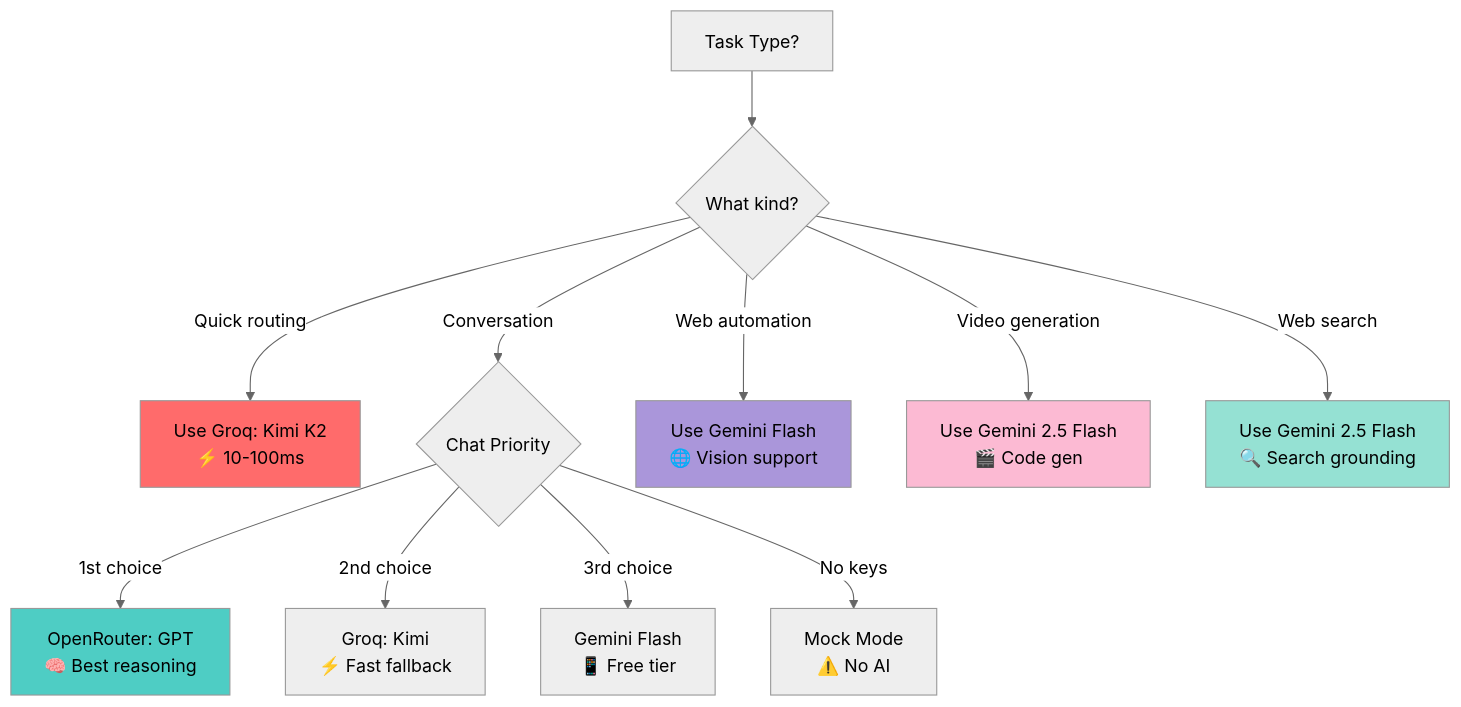
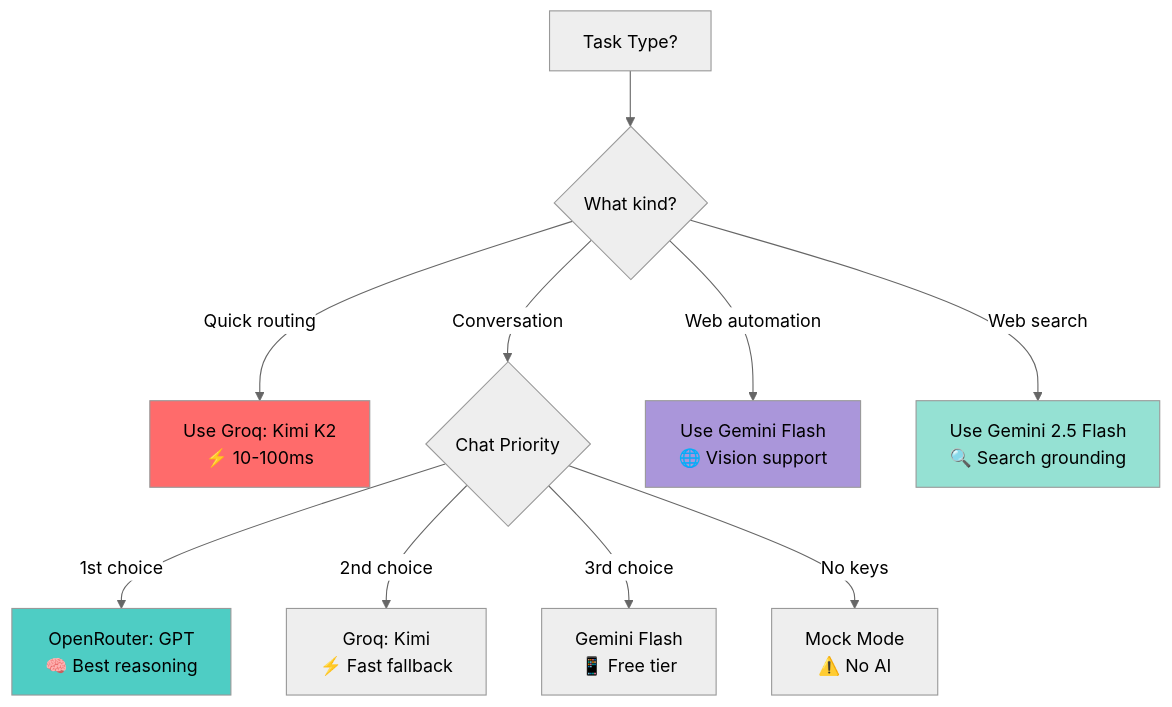
Before and after one commit to Garvit1000/nexus: the diagram in model_usage_guide.md, drawn with Mermaid (neutral theme). The commit also changed other lines of this file and 7 other files, not shown here.

````diff
--- a/model_usage_guide.md
+++ b/model_usage_guide.md
@@ -314,21 +286,19 @@
 ```mermaid
 flowchart TD
     Start[Task Type?] --> Decision{What kind?}
     
     Decision -->|Quick routing| Router[Use Groq: Kimi K2<br/>⚡ 10-100ms]
     Decision -->|Conversation| Chat{Chat Priority}
     Decision -->|Web automation| Browser[Use Gemini Flash<br/>🌐 Vision support]
-    Decision -->|Video generation| Video[Use Gemini 2.5 Flash<br/>🎬 Code gen]
     Decision -->|Web search| Search[Use Gemini 2.5 Flash<br/>🔍 Search grounding]
     
     Chat -->|1st choice| OpenRouter[OpenRouter: GPT<br/>🧠 Best reasoning]
     Chat -->|2nd choice| GroqChat[Groq: Kimi<br/>⚡ Fast fallback]
     Chat -->|3rd choice| Gemini[Gemini Flash<br/>📱 Free tier]
     Chat -->|No keys| Mock[Mock Mode<br/>⚠️ No AI]
     
     style Router fill:#ff6b6b
     style OpenRouter fill:#4ecdc4
     style Browser fill:#aa96da
-    style Video fill:#fcbad3
     style Search fill:#95e1d3
 ```
````
